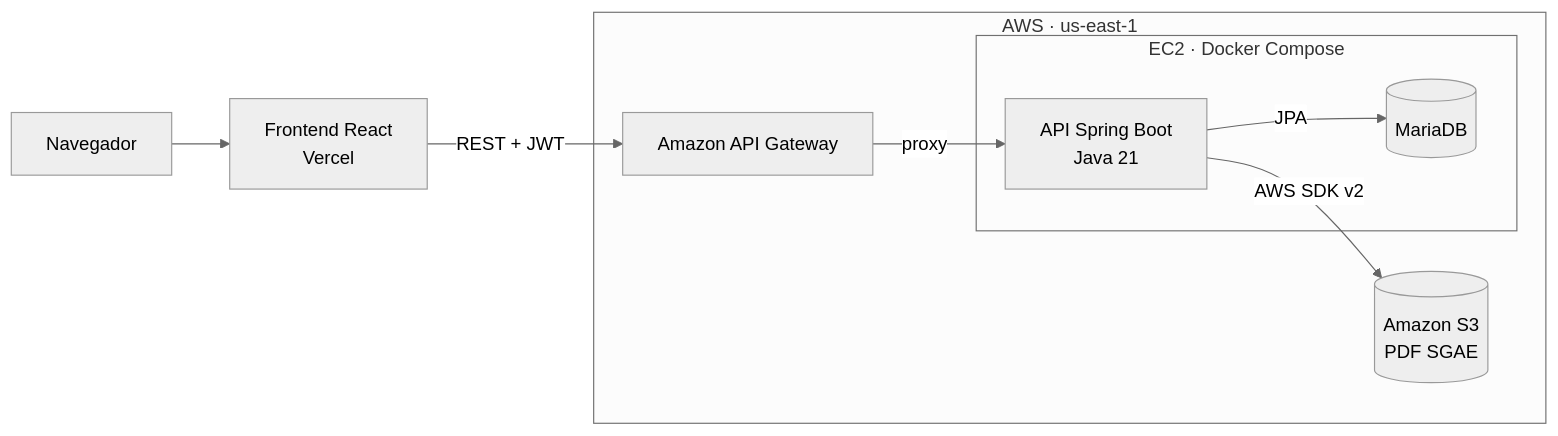
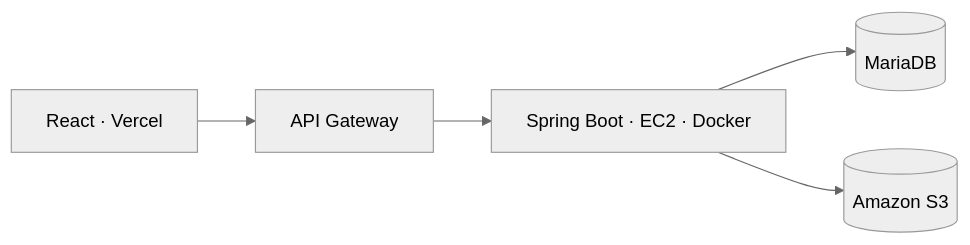
The diagram in README.md (AritzOntal/MusicRights-api), drawn with Mermaid (neutral theme) before and after one commit. The commit also changed other lines of this file, not shown here.

Commit message:
Revise README with updated architecture and testing steps
Updated architecture diagram and modified API testing instructions.

````diff
--- a/README.md
+++ b/README.md
@@ -13,16 +13,6 @@
 ```mermaid
 flowchart LR
-    U[Navegador] --> F[Frontend React<br/>Vercel]
-    F -- REST + JWT --> G[Amazon API Gateway]
-    subgraph AWS [AWS · us-east-1]
-        G
-        subgraph EC2 [EC2 · Docker Compose]
-            A[API Spring Boot<br/>Java 21]
-            D[(MariaDB)]
-        end
-        S3[(Amazon S3<br/>PDF SGAE)]
-    end
-    G -- proxy --> A
-    A -- JPA --> D
-    A -- AWS SDK v2 --> S3
+    F[React · Vercel] --> G[API Gateway] --> A[Spring Boot · EC2 · Docker]
+    A --> D[(MariaDB)]
+    A --> S[(Amazon S3)]
 ```
````
